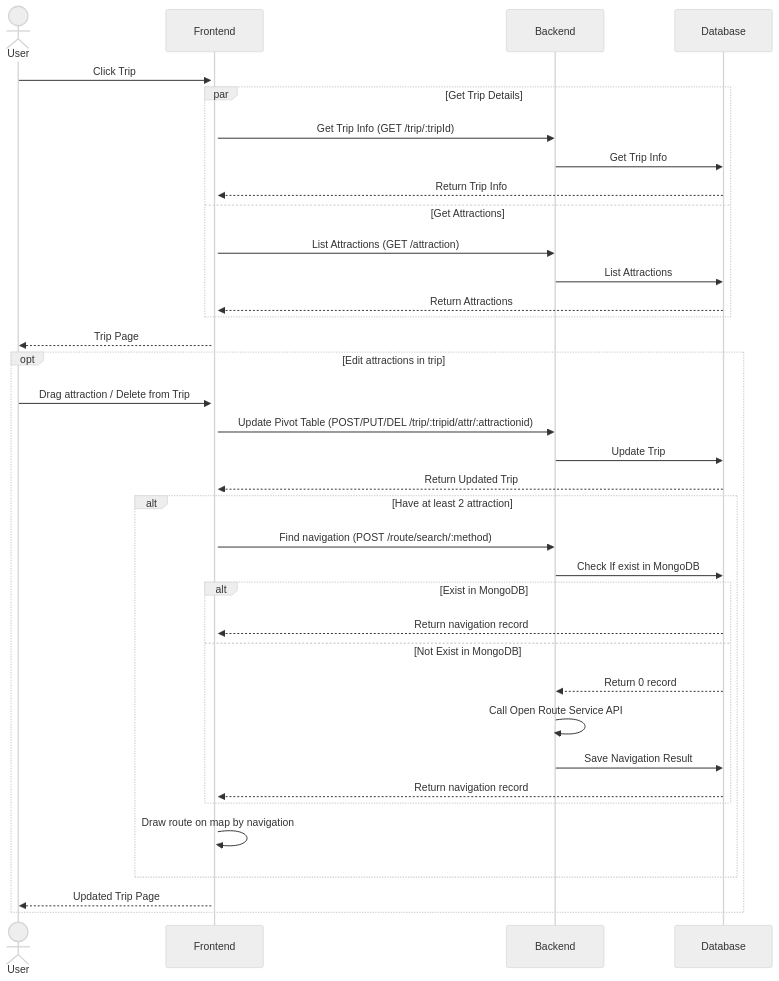
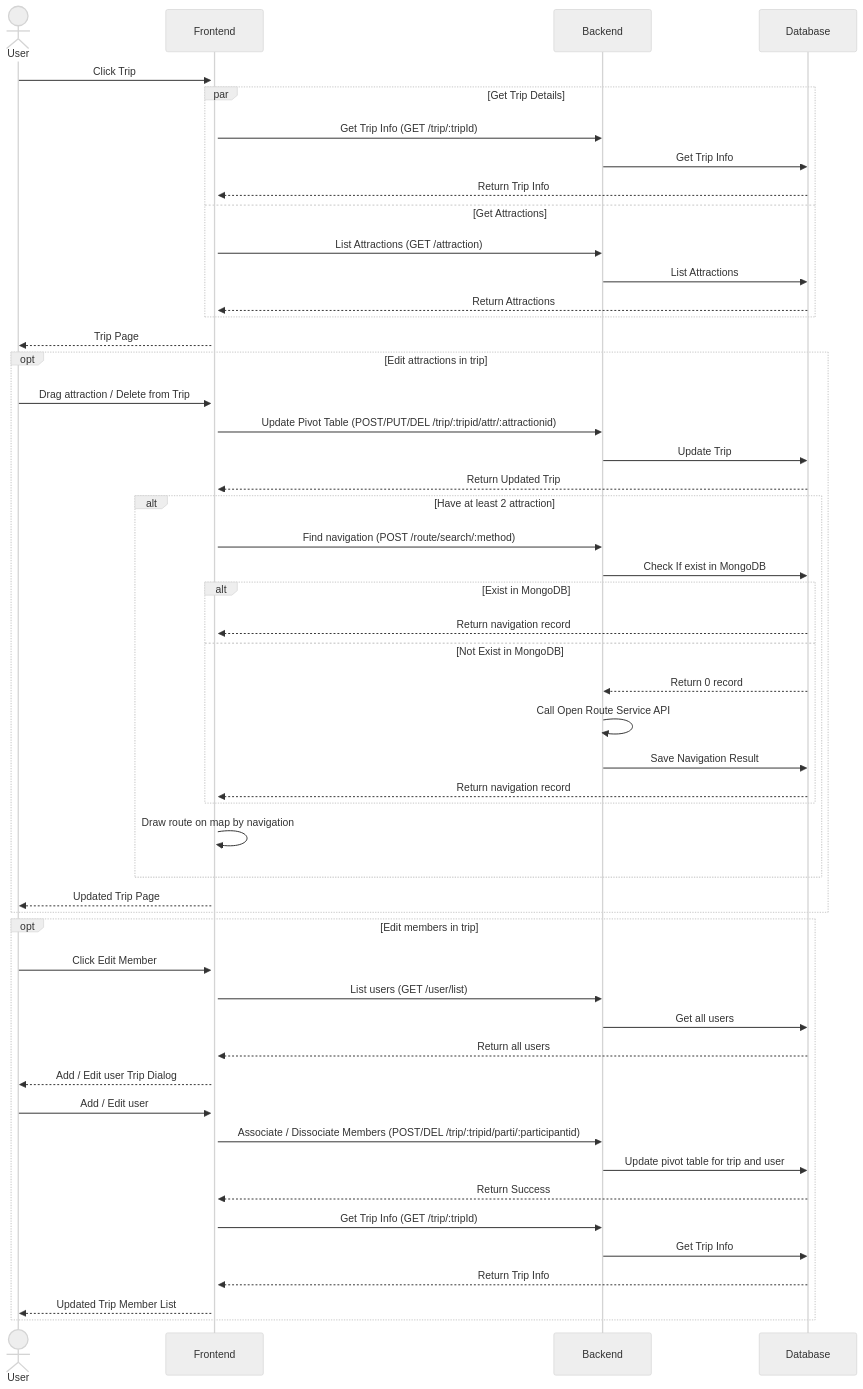
Before and after one commit to cantek2023OctWebECEC/.github: the third of 5 diagrams in profile/README.md, drawn with Mermaid (neutral theme).

Commit message:
Added Edit Member for trip logic

````diff
--- a/profile/README.md
+++ b/profile/README.md
@@ -130,35 +130,50 @@
 ```mermaid
 sequenceDiagram
     Actor User
     User->>+Frontend: Click Trip
     par Get Trip Details
         Frontend->>Backend: Get Trip Info (GET /trip/:tripId)
         Backend->>Database: Get Trip Info
         Database-->>Frontend: Return Trip Info
     and Get Attractions
         Frontend->>Backend: List Attractions (GET /attraction)
         Backend->>Database: List Attractions
         Database-->>Frontend: Return Attractions
     end
     Frontend-->>User: Trip Page
     opt Edit attractions in trip
         User->>Frontend: Drag attraction / Delete from Trip
         Frontend->>Backend: Update Pivot Table (POST/PUT/DEL /trip/:tripid/attr/:attractionid)
         Backend->>Database: Update Trip
         Database-->>Frontend: Return Updated Trip
         alt Have at least 2 attraction
             Frontend->>Backend: Find navigation (POST /route/search/:method)
             Backend->>Database: Check If exist in MongoDB
             alt Exist in MongoDB
             Database-->>Frontend: Return navigation record
             else Not Exist in MongoDB
             Database-->>Backend: Return 0 record
             Backend->>Backend: Call Open Route Service API
             Backend->>Database: Save Navigation Result
             Database-->>Frontend: Return navigation record
             end
             Frontend->>Frontend: Draw route on map by navigation
         end
         Frontend-->>User: Updated Trip Page
     end
+    opt Edit members in trip
+        User->>Frontend: Click Edit Member
+        Frontend->>Backend: List users (GET /user/list)
+        Backend->>Database: Get all users
+        Database-->>Frontend: Return all users
+        Frontend-->>User: Add / Edit user Trip Dialog
+        User->>Frontend: Add / Edit user
+        Frontend->>Backend: Associate / Dissociate Members (POST/DEL /trip/:tripid/parti/:participantid)
+        Backend->>Database: Update pivot table for trip and user
+        Database-->>Frontend: Return Success
+        Frontend->>Backend: Get Trip Info (GET /trip/:tripId)
+        Backend->>Database: Get Trip Info
+        Database-->>Frontend: Return Trip Info
+        Frontend-->>User: Updated Trip Member List
+    end
 ```
````
